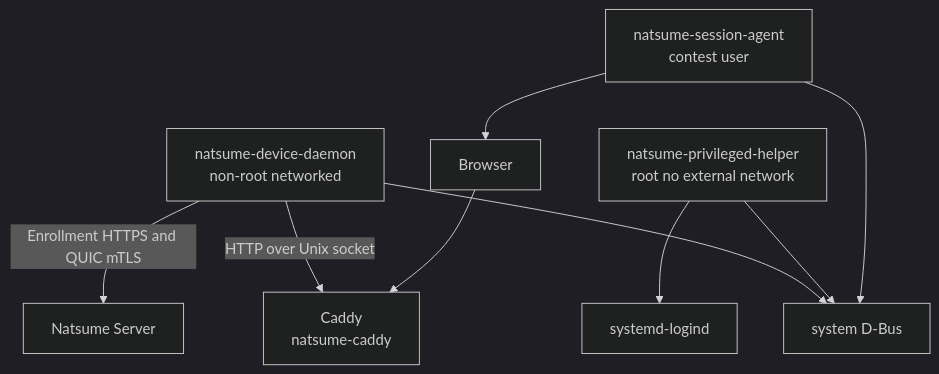
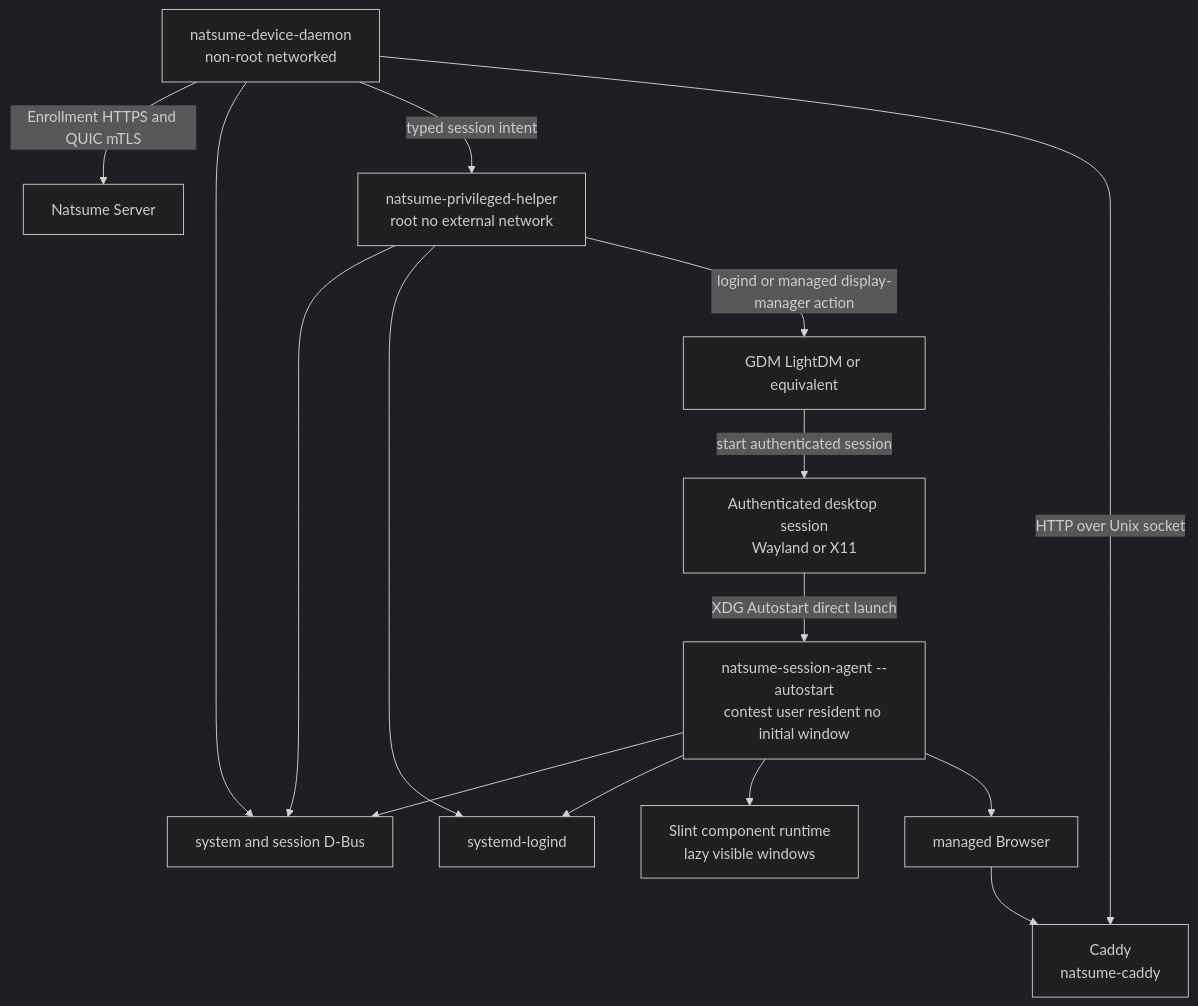
Before and after one commit to 4o3F/Natsume: diagram 16 of 22 in docs/v2-design.md, drawn with Mermaid (dark theme). The commit also changed other lines of this file and 46 other files, not shown here.

First line of the commit message:
docs(architecture): adopt v2.7 design baseline

````diff
--- a/docs/v2-design.md
+++ b/docs/v2-design.md
@@ -2003,20 +2157,29 @@
 ```mermaid
 flowchart TB
     Server["Natsume Server"]
     Daemon["natsume-device-daemon\nnon-root networked"]
     Helper["natsume-privileged-helper\nroot no external network"]
-    Agent["natsume-session-agent\ncontest user"]
+    DM["GDM LightDM or equivalent"]
+    Desktop["Authenticated desktop session\nWayland or X11"]
+    Agent["natsume-session-agent --autostart\ncontest user resident no initial window"]
+    Slint["Slint component runtime\nlazy visible windows"]
     Caddy["Caddy\nnatsume-caddy"]
-    Bus["system D-Bus"]
+    Bus["system and session D-Bus"]
     Logind["systemd-logind"]
-    Browser["Browser"]
+    Browser["managed Browser"]
 
     Daemon -->|"Enrollment HTTPS and QUIC mTLS"| Server
     Daemon --> Bus
     Helper --> Bus
     Agent --> Bus
     Helper --> Logind
+    Agent --> Logind
+    Daemon -->|"typed session intent"| Helper
+    Helper -->|"logind or managed display-manager action"| DM
+    DM -->|"start authenticated session"| Desktop
+    Desktop -->|"XDG Autostart direct launch"| Agent
+    Agent --> Slint
     Daemon -->|"HTTP over Unix socket"| Caddy
     Agent --> Browser
     Browser --> Caddy
 ```
````
